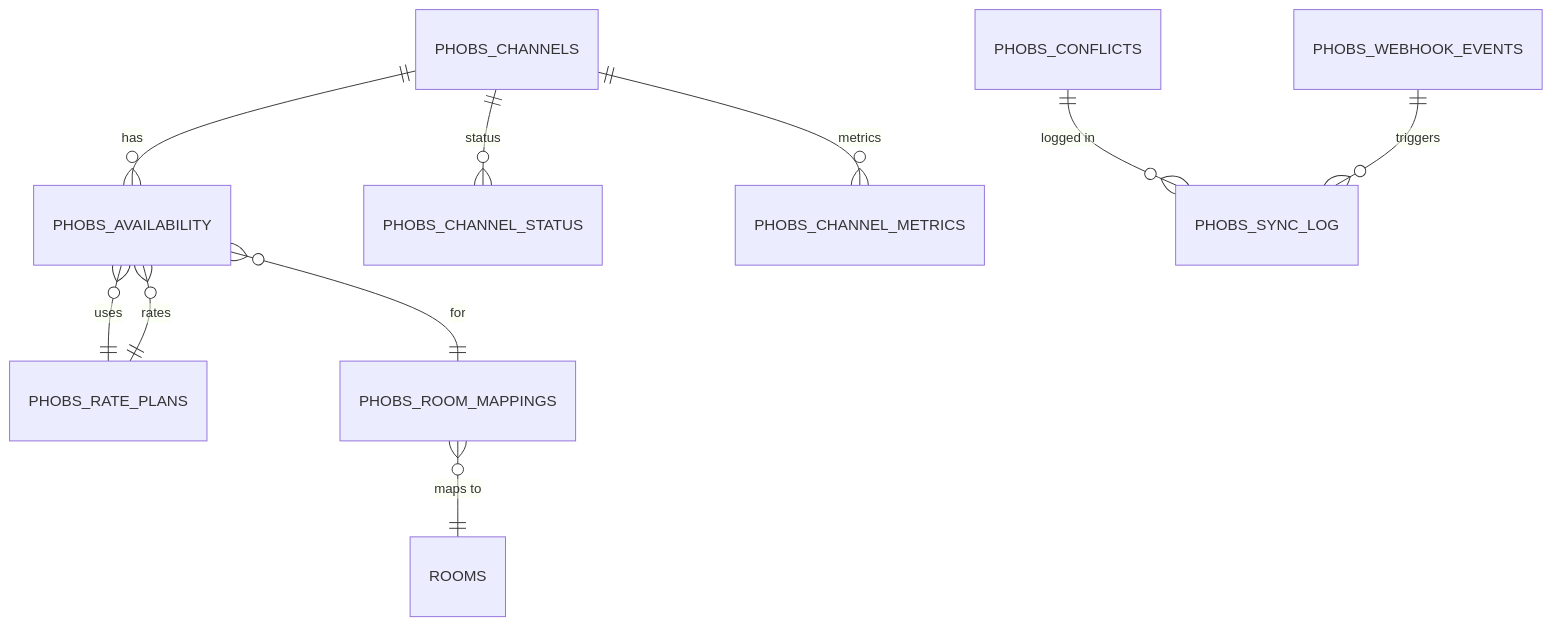
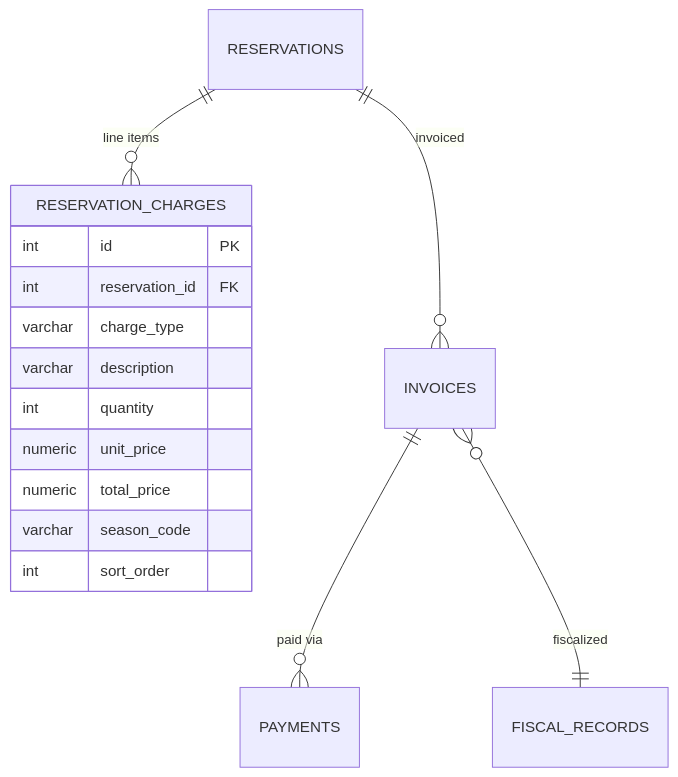
The second of 4 diagrams in docs/schema_diagram.md (sokol-matija/hotel-inventory), drawn with Mermaid before and after one commit. The commit also changed other lines of this file and 30 other files, not shown here.

````diff
--- a/docs/schema_diagram.md
+++ b/docs/schema_diagram.md
@@ -40,15 +45,18 @@
 ```mermaid
 erDiagram
-    PHOBS_CHANNELS ||--o{ PHOBS_AVAILABILITY : "has"
-    PHOBS_AVAILABILITY }o--|| PHOBS_RATE_PLANS : "uses"
-    PHOBS_AVAILABILITY }o--|| PHOBS_ROOM_MAPPINGS : "for"
-
-    PHOBS_ROOM_MAPPINGS }o--|| ROOMS : "maps to"
-    PHOBS_RATE_PLANS ||--o{ PHOBS_AVAILABILITY : "rates"
-
-    PHOBS_CHANNELS ||--o{ PHOBS_CHANNEL_STATUS : "status"
-    PHOBS_CHANNELS ||--o{ PHOBS_CHANNEL_METRICS : "metrics"
-
-    PHOBS_CONFLICTS ||--o{ PHOBS_SYNC_LOG : "logged in"
-    PHOBS_WEBHOOK_EVENTS ||--o{ PHOBS_SYNC_LOG : "triggers"
+    RESERVATION_CHARGES {
+        int id PK
+        int reservation_id FK
+        varchar charge_type
+        varchar description
+        int quantity
+        numeric unit_price
+        numeric total_price
+        varchar season_code
+        int sort_order
+    }
+    INVOICES ||--o{ PAYMENTS : "paid via"
+    INVOICES }o--|| FISCAL_RECORDS : "fiscalized"
+    RESERVATIONS ||--o{ RESERVATION_CHARGES : "line items"
+    RESERVATIONS ||--o{ INVOICES : "invoiced"
 ```
````
